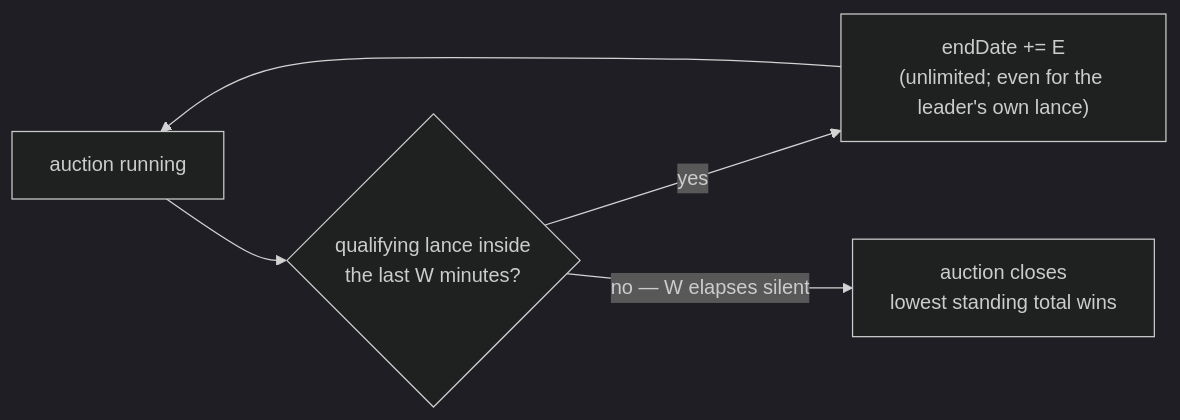
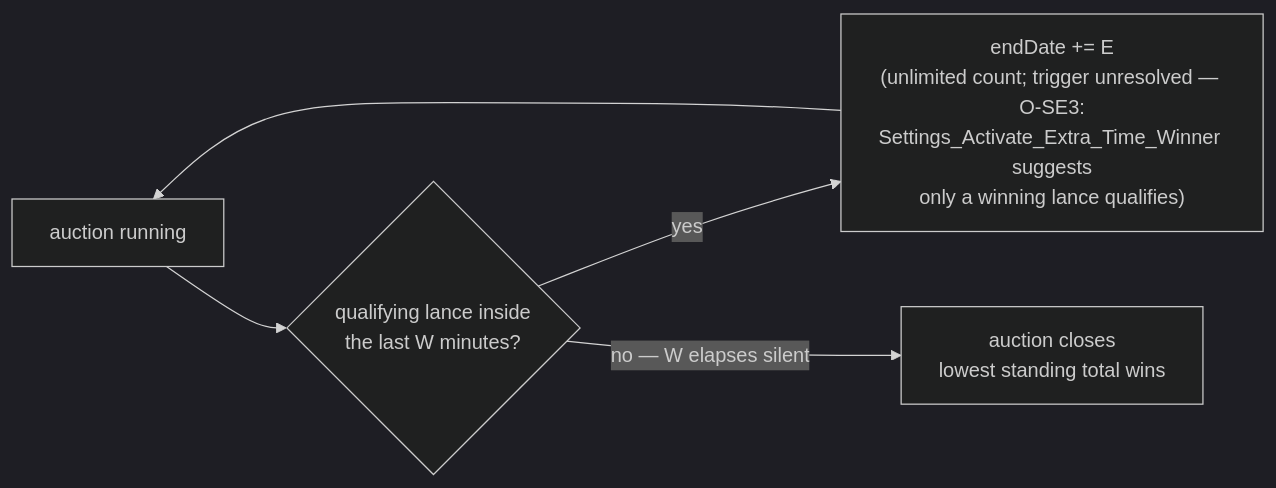
The third of 3 diagrams in docs/04-strategy-engine.md (juanloaiza21/starcoop), drawn with Mermaid (dark theme) before and after one commit. The commit also changed other lines of this file and 19 other files, not shown here.

````diff
--- a/docs/04-strategy-engine.md
+++ b/docs/04-strategy-engine.md
@@ -404,7 +484,7 @@
 ```mermaid
 flowchart LR
     RUN["auction running"] --> Q{"qualifying lance inside<br/>the last W minutes?"}
-    Q -- yes --> EXT["endDate += E<br/>(unlimited; even for the leader's own lance)"]
+    Q -- yes --> EXT["endDate += E<br/>(unlimited count; trigger unresolved — O-SE3:<br/>Settings_Activate_Extra_Time_Winner suggests<br/>only a winning lance qualifies)"]
     EXT --> RUN
     Q -- "no — W elapses silent" --> CLOSE["auction closes<br/>lowest standing total wins"]
 ```
````
